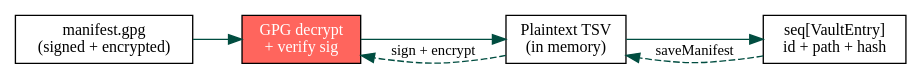
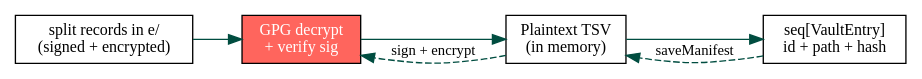
Before and after one commit to HaoZeke/nimvault: the diagram in docs/orgmode/reference/manifest.org, drawn with Graphviz. The commit also changed other lines of this file and 86 other files, not shown here.

```diff
--- a/docs/orgmode/reference/manifest.org
+++ b/docs/orgmode/reference/manifest.org
@@ -9,17 +13,17 @@
 #+begin_src dot :file ../images/manifest_flow.svg :exports results
 digraph G {
     rankdir=LR;
     node [shape=box, style=filled, fillcolor="white", fontname="Jost", fontsize=12];
     edge [fontname="Jost", fontsize=11, color="#004D40"];
     graph [fontname="Jost"];
 
-    manifest_gpg [label="manifest.gpg\n(signed + encrypted)"];
+    manifest_gpg [label="split records in e/\n(signed + encrypted)"];
     gpg [label="GPG decrypt\n+ verify sig", fillcolor="#FF655D", fontcolor="white"];
     tsv [label="Plaintext TSV\n(in memory)"];
     entries [label="seq[VaultEntry]\nid + path + hash"];
 
     manifest_gpg -> gpg -> tsv -> entries;
     entries -> tsv [label="saveManifest", style=dashed];
     tsv -> gpg [label="sign + encrypt", style=dashed];
 }
 #+end_src
```
